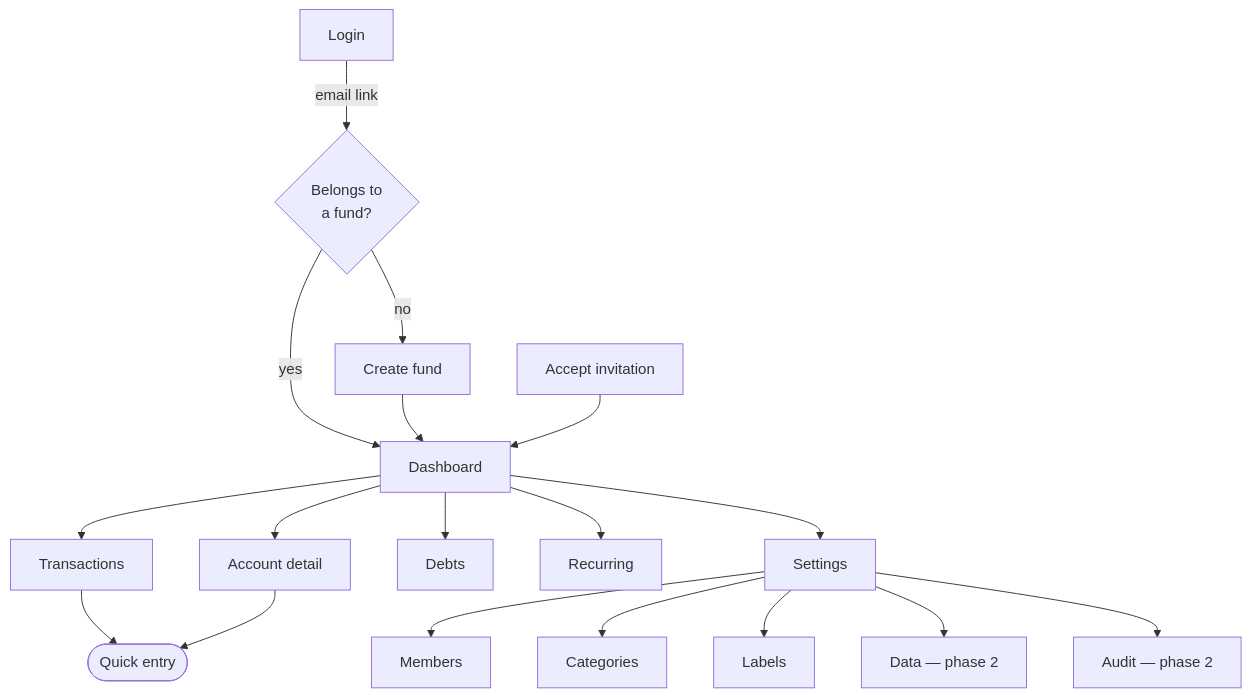
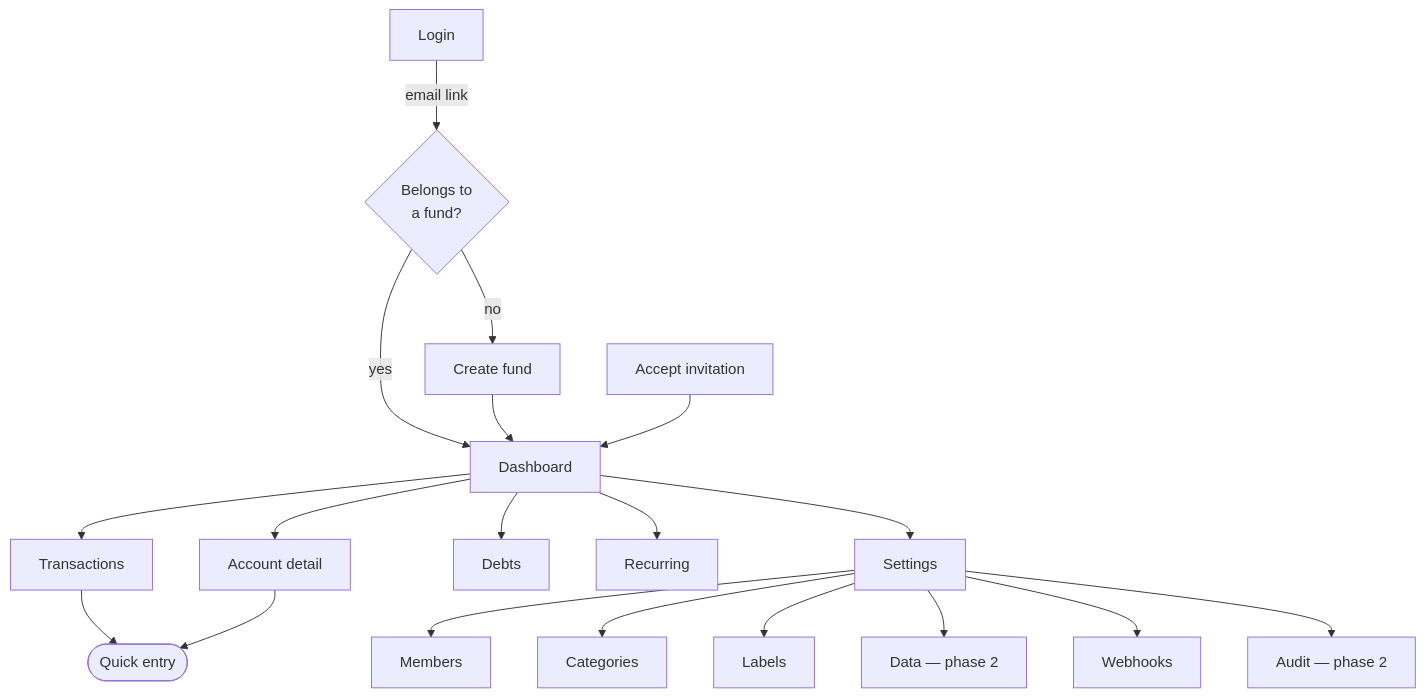
The first of 7 diagrams in docs/FLOWS.md (WAB-Studio/finances-app), drawn with Mermaid before and after one commit. The commit also changed 2 other files, not shown here.

Commit message:
Prove the credential write paths fire and tick RF-86
The insert grant leaves out owner_user_id, the update grant leaves out the
token hash and the throttle counters, and the revoke the screen performs is
the one the resolver obeys.

````diff
--- a/docs/FLOWS.md
+++ b/docs/FLOWS.md
@@ -10,22 +10,23 @@
 ```mermaid
 flowchart TD
     Login["Login"] -->|email link| Check{"Belongs to<br/>a fund?"}
     Check -->|no| Onboarding["Create fund"]
     Check -->|yes| Dash["Dashboard"]
     Onboarding --> Dash
     Invit["Accept invitation"] --> Dash
 
     Dash --> Tx["Transactions"]
     Dash --> Cta["Account detail"]
     Dash --> Deu["Debts"]
     Dash --> Rec["Recurring"]
     Dash --> Aju["Settings"]
 
     Tx --> TxNew(["Quick entry"])
     Cta --> TxNew
     Aju --> Miembros["Members"]
     Aju --> Cats["Categories"]
     Aju --> Etiq["Labels"]
     Aju --> Datos["Data — phase 2"]
+    Aju --> Webhooks["Webhooks"]
     Aju --> Audit["Audit — phase 2"]
 ```
````
